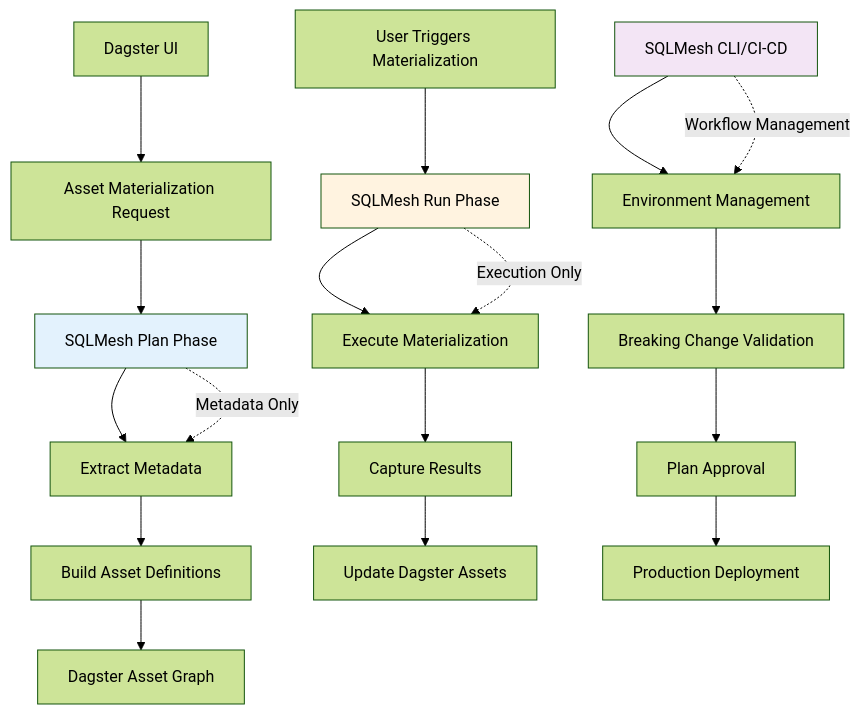
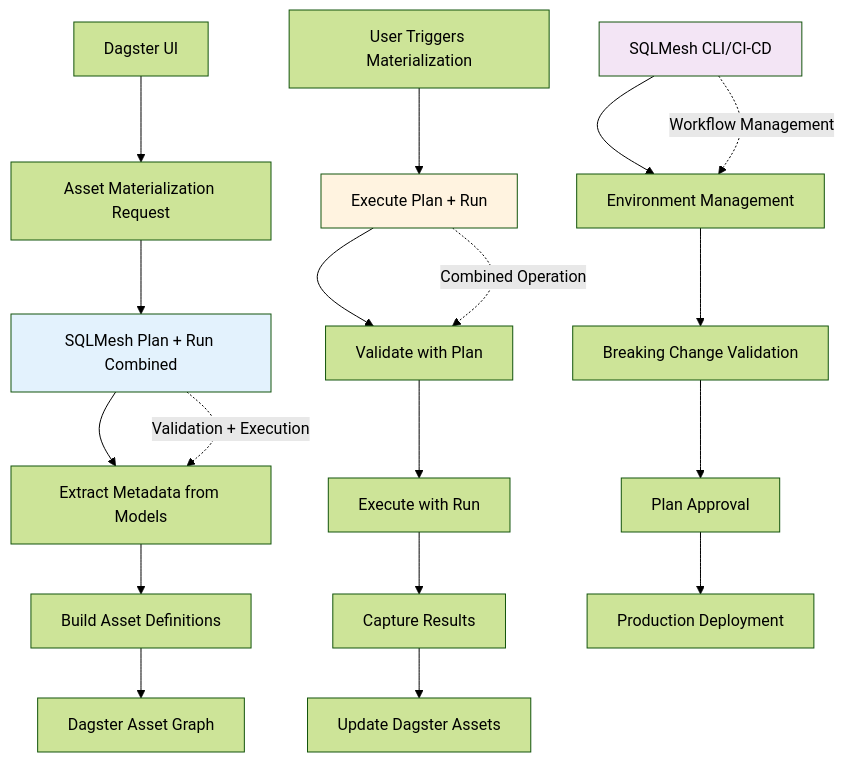
Before and after one commit to polivbr/dagster-sqlmesh: the diagram in adr/0008-sqlmesh-plan-run-flow.md, drawn with Mermaid (forest theme). The commit also changed other lines of this file, not shown here.

````diff
--- a/adr/0008-sqlmesh-plan-run-flow.md
+++ b/adr/0008-sqlmesh-plan-run-flow.md
@@ -103,26 +93,27 @@
 ```mermaid
 graph TD
     A[Dagster UI] --> B[Asset Materialization Request]
-    B --> C[SQLMesh Plan Phase]
-    C --> D[Extract Metadata]
+    B --> C[SQLMesh Plan + Run Combined]
+    C --> D[Extract Metadata from Models]
     D --> E[Build Asset Definitions]
     E --> F[Dagster Asset Graph]
-    
-    G[User Triggers Materialization] --> H[SQLMesh Run Phase]
-    H --> I[Execute Materialization]
-    I --> J[Capture Results]
-    J --> K[Update Dagster Assets]
-    
-    L[SQLMesh CLI/CI-CD] --> M[Environment Management]
-    M --> N[Breaking Change Validation]
-    N --> O[Plan Approval]
-    O --> P[Production Deployment]
-    
+
+    G[User Triggers Materialization] --> H[Execute Plan + Run]
+    H --> I[Validate with Plan]
+    I --> J[Execute with Run]
+    J --> K[Capture Results]
+    K --> L[Update Dagster Assets]
+
+    M[SQLMesh CLI/CI-CD] --> N[Environment Management]
+    N --> O[Breaking Change Validation]
+    O --> P[Plan Approval]
+    P --> Q[Production Deployment]
+
     style C fill:#e3f2fd
     style H fill:#fff3e0
-    style L fill:#f3e5f5
-    
-    C -.->|Metadata Only| D
-    H -.->|Execution Only| I
-    L -.->|Workflow Management| M
+    style M fill:#f3e5f5
+
+    C -.->|Validation + Execution| D
+    H -.->|Combined Operation| I
+    M -.->|Workflow Management| N
 ```
````
